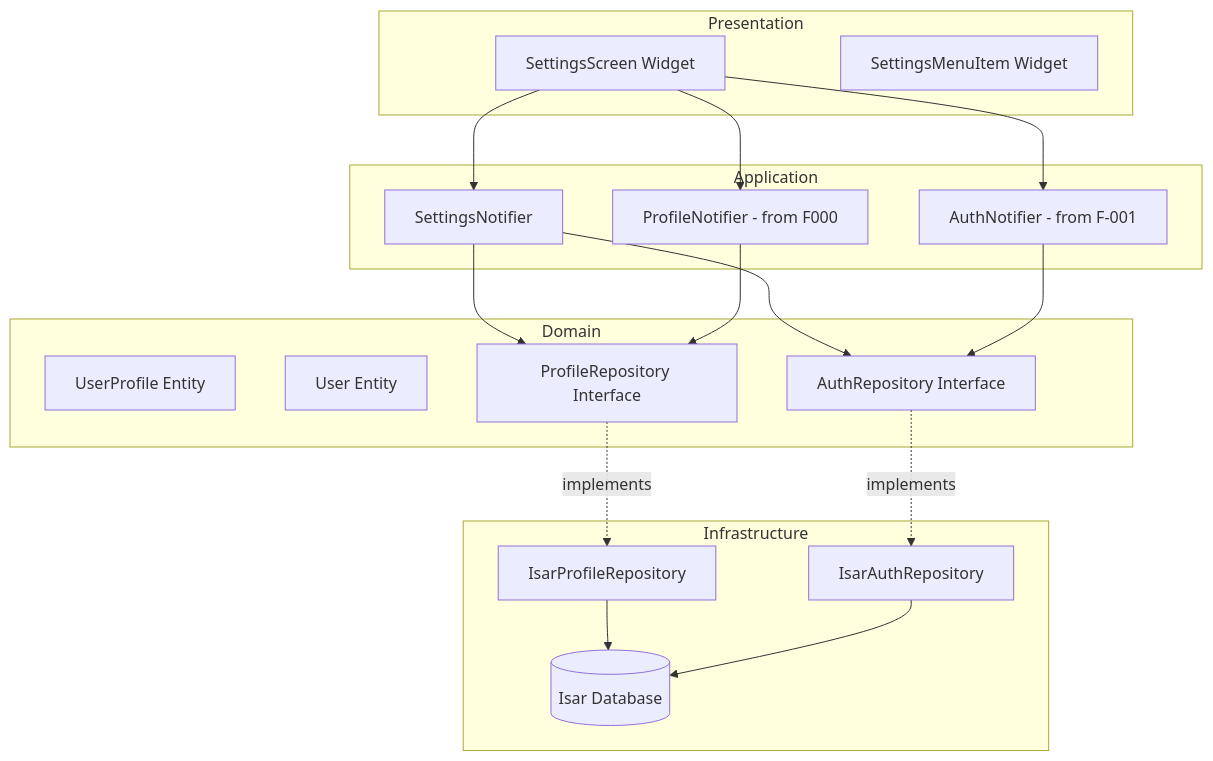
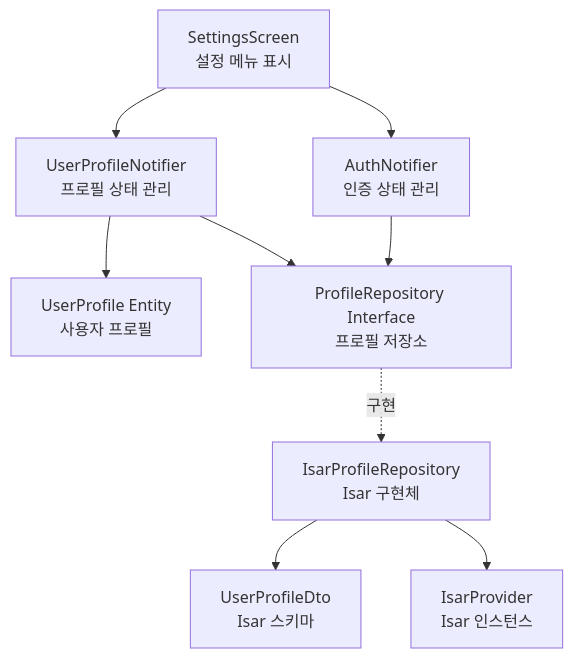
Before and after one commit to pcepyon/n06: the diagram in docs/009/plan.md, drawn with Mermaid. The commit also changed other lines of this file and 18 other files, not shown here.

````diff
--- a/docs/009/plan.md
+++ b/docs/009/plan.md
@@ -22,41 +24,28 @@
 ```mermaid
 graph TD
-    subgraph Presentation
-        SettingsScreen[SettingsScreen Widget]
-        SettingsMenuItem[SettingsMenuItem Widget]
-    end
+    %% Presentation Layer
+    SettingsScreen[SettingsScreen<br/>설정 메뉴 표시]
 
-    subgraph Application
-        SettingsNotifier[SettingsNotifier]
-        AuthNotifier[AuthNotifier - from F-001]
-        ProfileNotifier[ProfileNotifier - from F000]
-    end
+    %% Application Layer
+    UserProfileNotifier[UserProfileNotifier<br/>프로필 상태 관리]
+    AuthNotifier[AuthNotifier<br/>인증 상태 관리]
 
-    subgraph Domain
-        UserProfile[UserProfile Entity]
-        User[User Entity]
-        ProfileRepository[ProfileRepository Interface]
-        AuthRepository[AuthRepository Interface]
-    end
+    %% Domain Layer
+    UserProfile[UserProfile Entity<br/>사용자 프로필]
+    ProfileRepository[ProfileRepository Interface<br/>프로필 저장소]
 
-    subgraph Infrastructure
-        IsarProfileRepository[IsarProfileRepository]
-        IsarAuthRepository[IsarAuthRepository]
-        Isar[(Isar Database)]
-    end
+    %% Infrastructure Layer
+    IsarProfileRepository[IsarProfileRepository<br/>Isar 구현체]
+    UserProfileDto[UserProfileDto<br/>Isar 스키마]
+    IsarProvider[IsarProvider<br/>Isar 인스턴스]
 
-    SettingsScreen --> SettingsNotifier
+    %% Dependencies
+    SettingsScreen --> UserProfileNotifier
     SettingsScreen --> AuthNotifier
-    SettingsScreen --> ProfileNotifier
-
-    SettingsNotifier --> ProfileRepository
-    SettingsNotifier --> AuthRepository
-    ProfileNotifier --> ProfileRepository
-    AuthNotifier --> AuthRepository
-
-    ProfileRepository -.implements.-> IsarProfileRepository
-    AuthRepository -.implements.-> IsarAuthRepository
-
-    IsarProfileRepository --> Isar
-    IsarAuthRepository --> Isar
+    UserProfileNotifier --> ProfileRepository
+    AuthNotifier --> ProfileRepository
+    ProfileRepository -.구현.-> IsarProfileRepository
+    IsarProfileRepository --> UserProfileDto
+    IsarProfileRepository --> IsarProvider
+    UserProfileNotifier --> UserProfile
 ```
````
